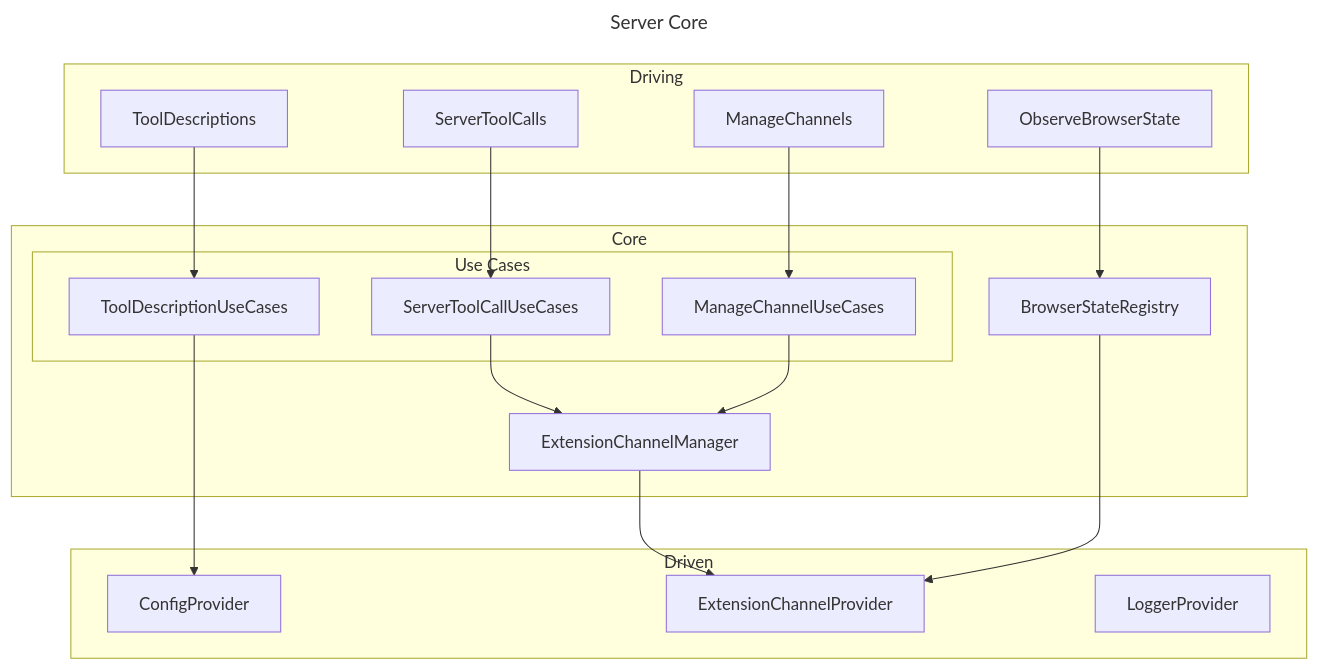
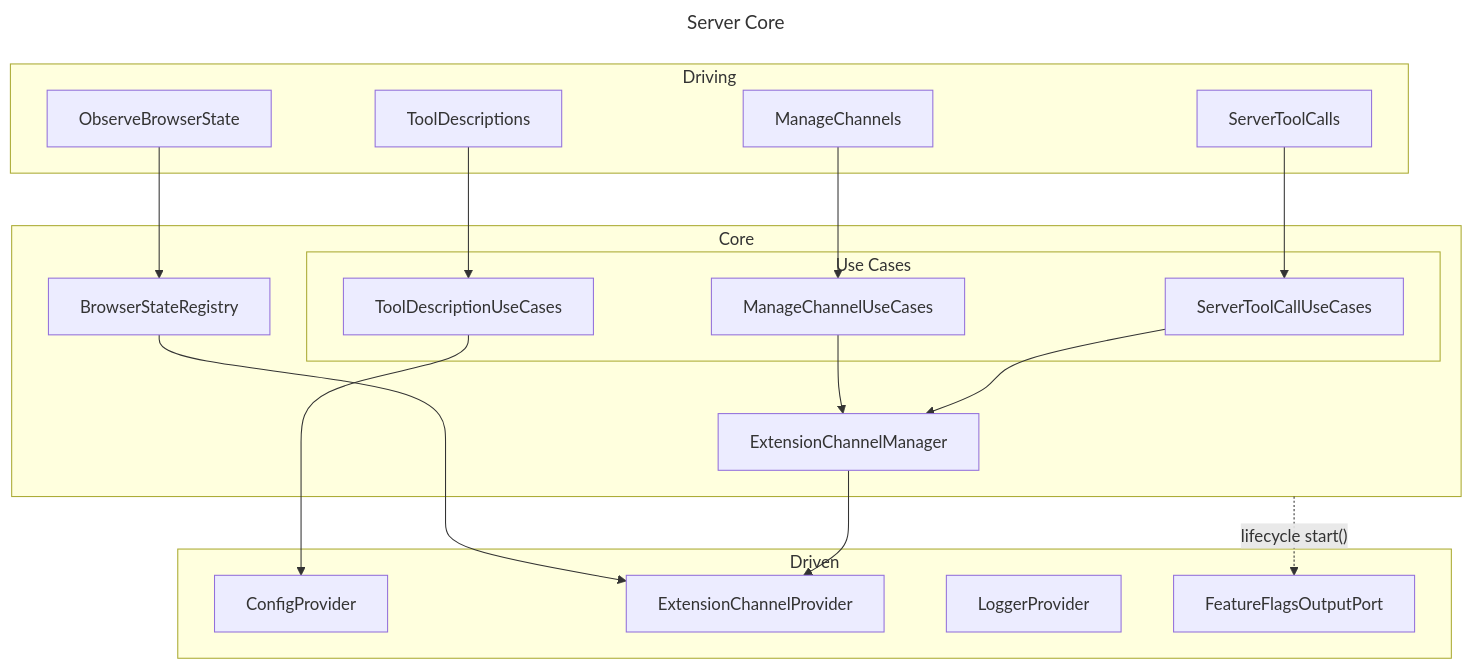
Before and after one commit to ndthanhdev/mcp-browser-kit: the second of 11 diagrams in docs/architecture.md, drawn with Mermaid. The commit also changed other lines of this file and 39 other files, not shown here.

First line of the commit message:
feat: add feature flags with OpenFeature (#155)

````diff
--- a/docs/architecture.md
+++ b/docs/architecture.md
@@ -29,41 +29,43 @@
 ```mermaid
 ---
 title: Server Core
 ---
 flowchart TD
   subgraph ServerDriving["Driving"]
     ServerToolCalls
     ManageChannels
     ToolDescriptions
     ObserveBrowserState
   end
 
   subgraph ServerCore["Core"]
     subgraph UseCases["Use Cases"]
       ServerToolCallUseCases
       ManageChannelUseCases
       ToolDescriptionUseCases
     end
     ExtensionChannelManager
     BrowserStateRegistry
   end
 
   subgraph ServerDriven["Driven"]
     ConfigProvider["ConfigProvider"]
     ExtensionChannelProvider
     LoggerProvider["LoggerProvider"]
+    FeatureFlagsOutputPort["FeatureFlagsOutputPort"]
   end
 
   %% From Driving
   ServerToolCalls --> ServerToolCallUseCases
   ToolDescriptions --> ToolDescriptionUseCases
   ManageChannels --> ManageChannelUseCases
   ObserveBrowserState --> BrowserStateRegistry
   %% From Core
   ServerToolCallUseCases--> ExtensionChannelManager
   ManageChannelUseCases --> ExtensionChannelManager
   ExtensionChannelManager --> ExtensionChannelProvider
   BrowserStateRegistry --> ExtensionChannelProvider
   ToolDescriptionUseCases --> ConfigProvider
+  ServerCore -.->|"lifecycle start()"| FeatureFlagsOutputPort
 
 ```
````
